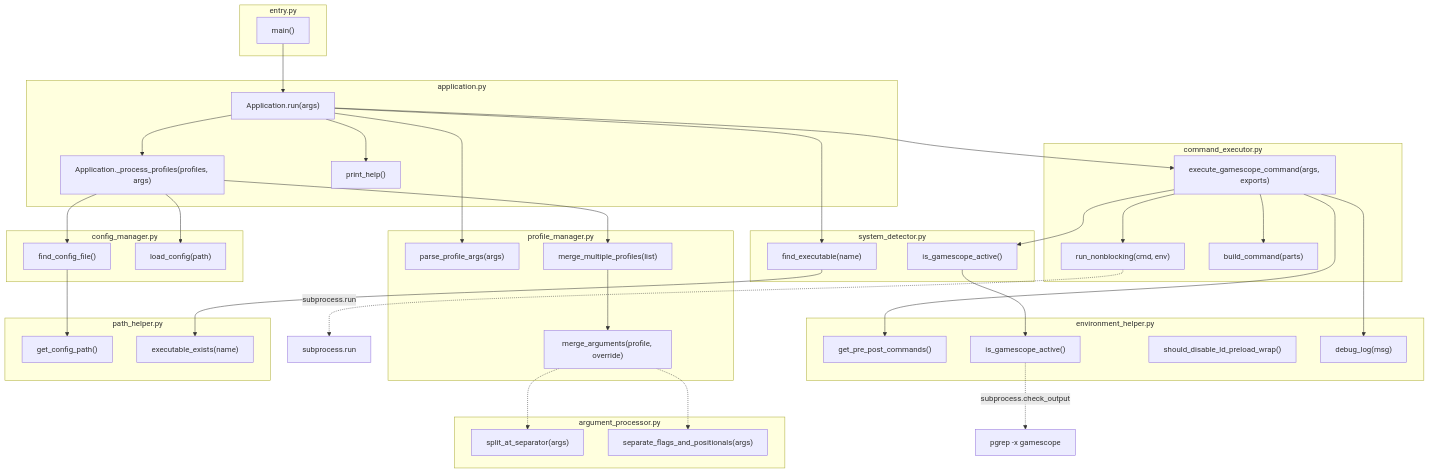
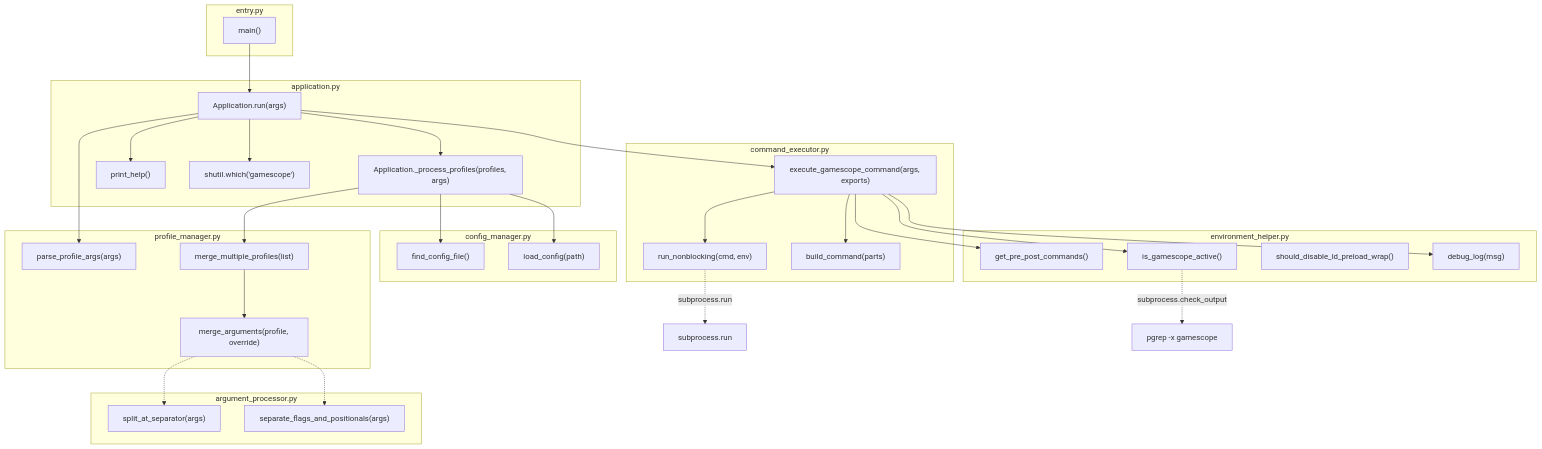
One commit to WombatFromHell/neoscopebuddy changed the second of 6 diagrams in DESIGN.md. Above: the diagram before and after it, drawn with Mermaid. The commit also changed other lines of this file and 26 other files, not shown here.

````diff
--- a/DESIGN.md
+++ b/DESIGN.md
@@ -85,79 +72,66 @@
 ```mermaid
 graph TD
     subgraph "entry.py"
         A["main()"]
     end
 
     subgraph "application.py"
         B["Application.run(args)"]
         C["Application._process_profiles(profiles, args)"]
         D["print_help()"]
+        W["shutil.which('gamescope')"]
     end
 
     subgraph "profile_manager.py"
         E["parse_profile_args(args)"]
         F["merge_multiple_profiles(list)"]
         G["merge_arguments(profile, override)"]
     end
 
     subgraph "argument_processor.py"
         H["split_at_separator(args)"]
         I["separate_flags_and_positionals(args)"]
     end
 
     subgraph "config_manager.py"
         J["find_config_file()"]
         K["load_config(path)"]
     end
 
     subgraph "command_executor.py"
         L["execute_gamescope_command(args, exports)"]
         M["run_nonblocking(cmd, env)"]
         N["build_command(parts)"]
     end
 
-    subgraph "system_detector.py"
-        O["find_executable(name)"]
-        P["is_gamescope_active()"]
-    end
-
     subgraph "environment_helper.py"
         Q["get_pre_post_commands()"]
         R["is_gamescope_active()"]
         S["should_disable_ld_preload_wrap()"]
         T["debug_log(msg)"]
     end
 
-    subgraph "path_helper.py"
-        U["get_config_path()"]
-        V["executable_exists(name)"]
-    end
-
     A --> B
     B --> D
-    B --> O
+    B --> W
     B --> E
     B --> C
     B --> L
 
     C --> J
     C --> K
     C --> F
 
     F --> G
     G -.-> H
     G -.-> I
 
     L --> Q
-    L --> P
+    L --> R
     L --> N
     L --> M
     L --> T
 
-    J --> U
-    O --> V
-    P --> R
-
     M -. "subprocess.run" .-> M2["subprocess.run"]
     R -. "subprocess.check_output" .-> R2["pgrep -x gamescope"]
 ```
````
